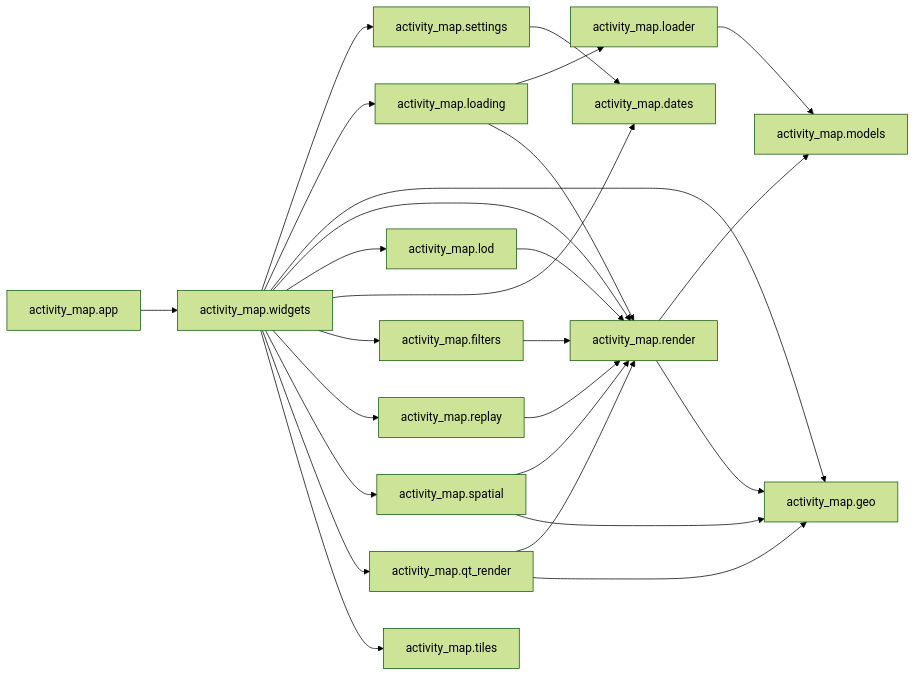
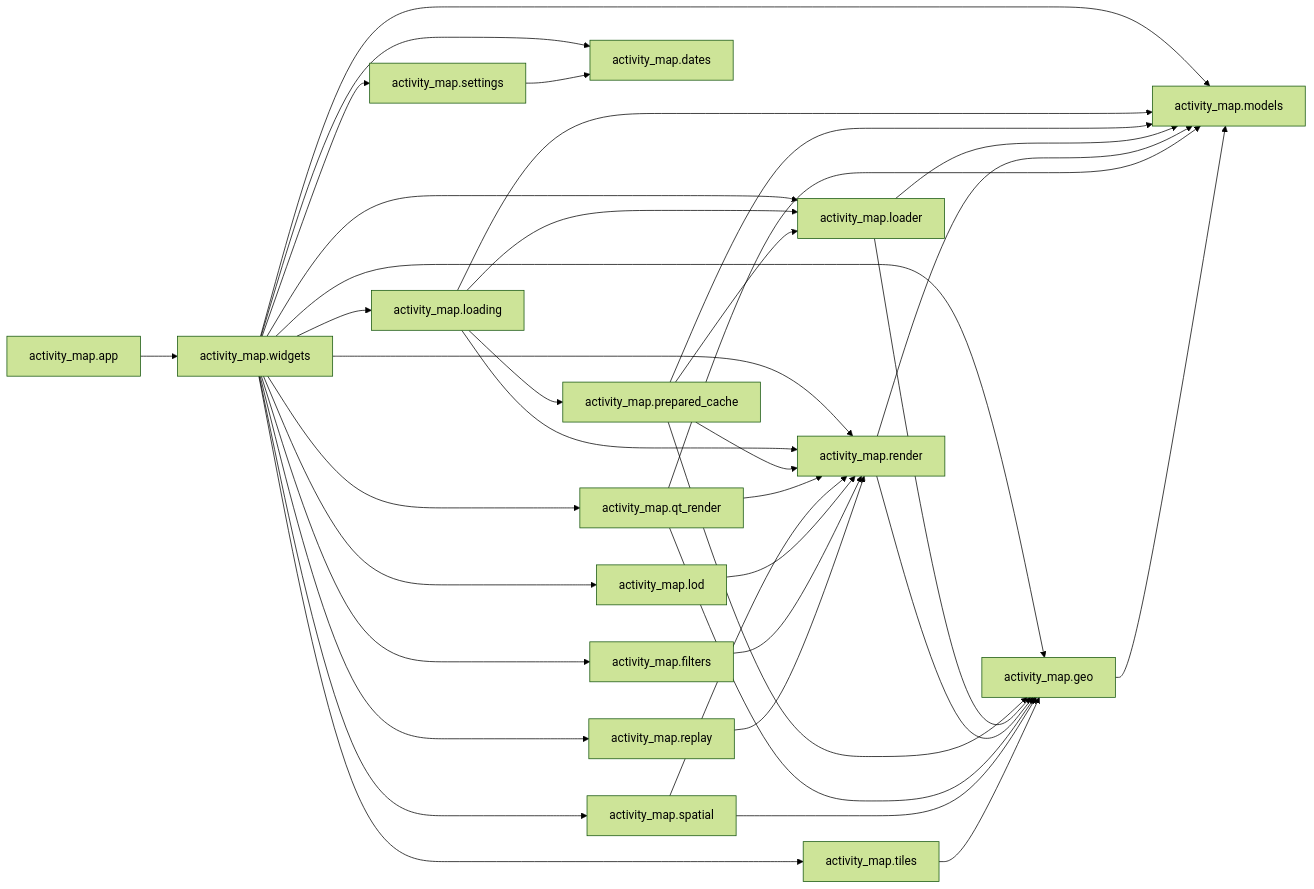
The third of 4 diagrams in documents/architecture.md (marcelpetrick/GarminActivityMap), drawn with Mermaid (forest theme) before and after one commit. The commit also changed other lines of this file and 4 other files, not shown here.

First line of the commit message:
docs(architecture): align C4 views with the current modules

````diff
--- a/documents/architecture.md
+++ b/documents/architecture.md
@@ -49,44 +50,57 @@
 ```mermaid
 flowchart LR
   loader[activity_map.loader]
   models[activity_map.models]
   geo[activity_map.geo]
   render[activity_map.render]
   loading[activity_map.loading]
+  prepared_cache[activity_map.prepared_cache]
   dates[activity_map.dates]
   filters[activity_map.filters]
   replay[activity_map.replay]
   lod[activity_map.lod]
   spatial[activity_map.spatial]
   qt_render[activity_map.qt_render]
   settings[activity_map.settings]
   tiles[activity_map.tiles]
   widgets[activity_map.widgets]
   app[activity_map.app]
 
   app --> widgets
   widgets --> settings
   widgets --> loading
-  loading --> loader
-  loading --> render
-  loader --> models
-  render --> models
+  widgets --> loader
+  widgets --> models
   widgets --> geo
   widgets --> render
   widgets --> lod
+  widgets --> spatial
+  widgets --> qt_render
+  widgets --> tiles
   widgets --> dates
   widgets --> filters
   widgets --> replay
-  replay --> render
-  filters --> render
-  settings --> dates
-  widgets --> spatial
-  widgets --> qt_render
-  widgets --> tiles
+  loading --> loader
+  loading --> prepared_cache
+  loading --> render
+  loading --> models
+  prepared_cache --> loader
+  prepared_cache --> render
+  prepared_cache --> geo
+  prepared_cache --> models
+  loader --> geo
+  loader --> models
   render --> geo
+  render --> models
   qt_render --> render
   qt_render --> geo
+  qt_render --> models
   spatial --> render
   spatial --> geo
   lod --> render
+  filters --> render
+  replay --> render
+  tiles --> geo
+  settings --> dates
+  geo --> models
 ```
````
